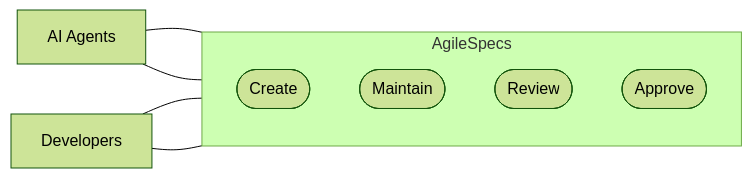
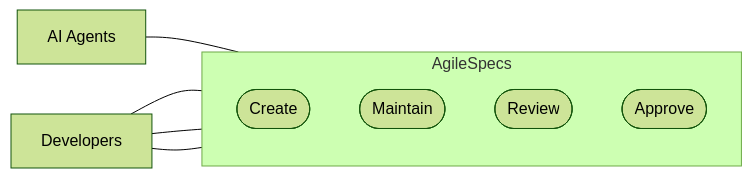
Before and after one commit to mtov/AgileSpec: the second of 7 diagrams in README.md, drawn with Mermaid (forest theme). The commit also changed other lines of this file, not shown here.

````diff
--- a/README.md
+++ b/README.md
@@ -69,18 +68,18 @@
 ```mermaid
 flowchart LR
     A["AI Agents"]
     H["Developers"]
 
     subgraph S["AgileSpecs"]
         direction TB
         C(["Create"])
         M(["Maintain"])
         R(["Review"])
         P(["Approve"])
     end
 
-    A --- C
     A --- M
+    H --- C
     H --- R
     H --- P
 ```
````
